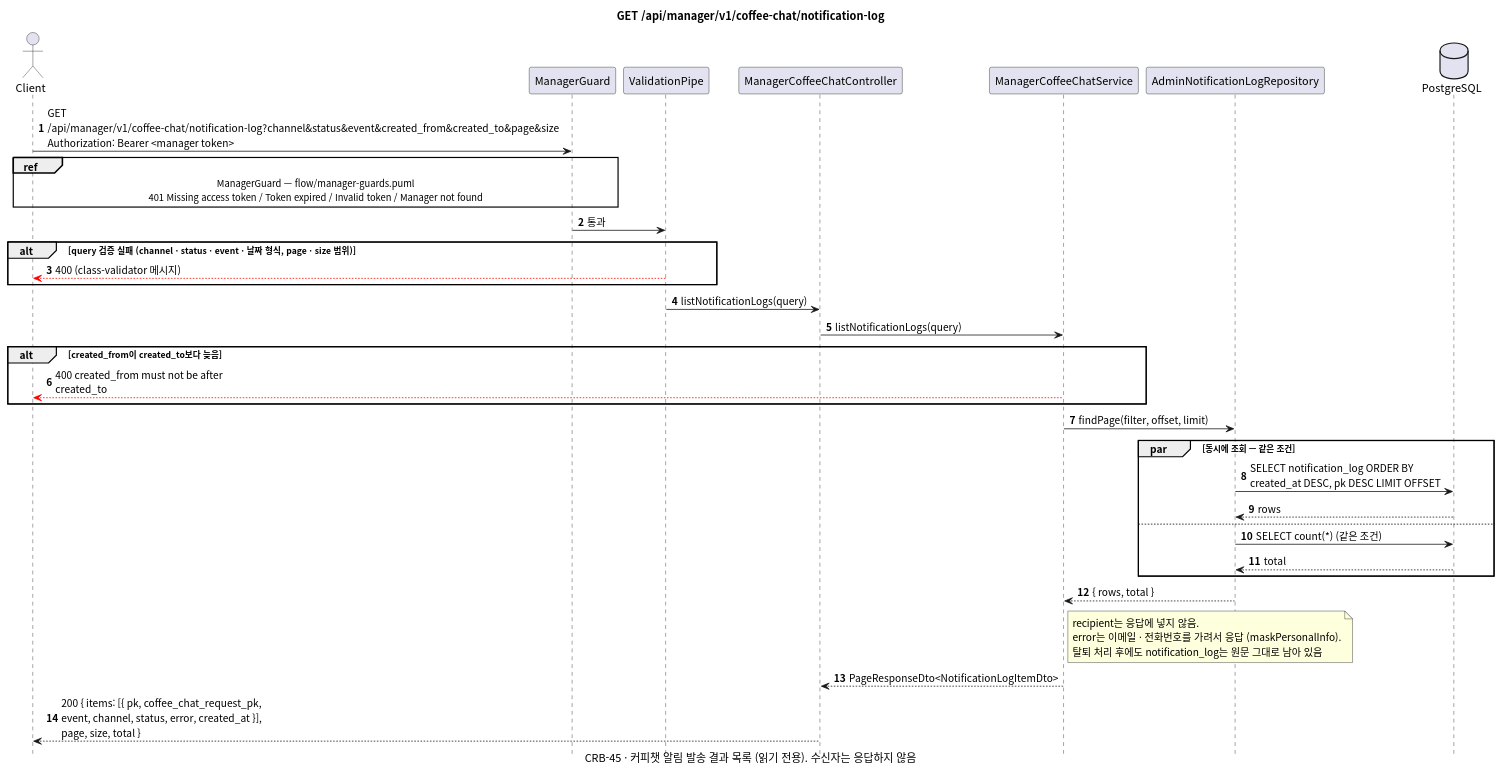
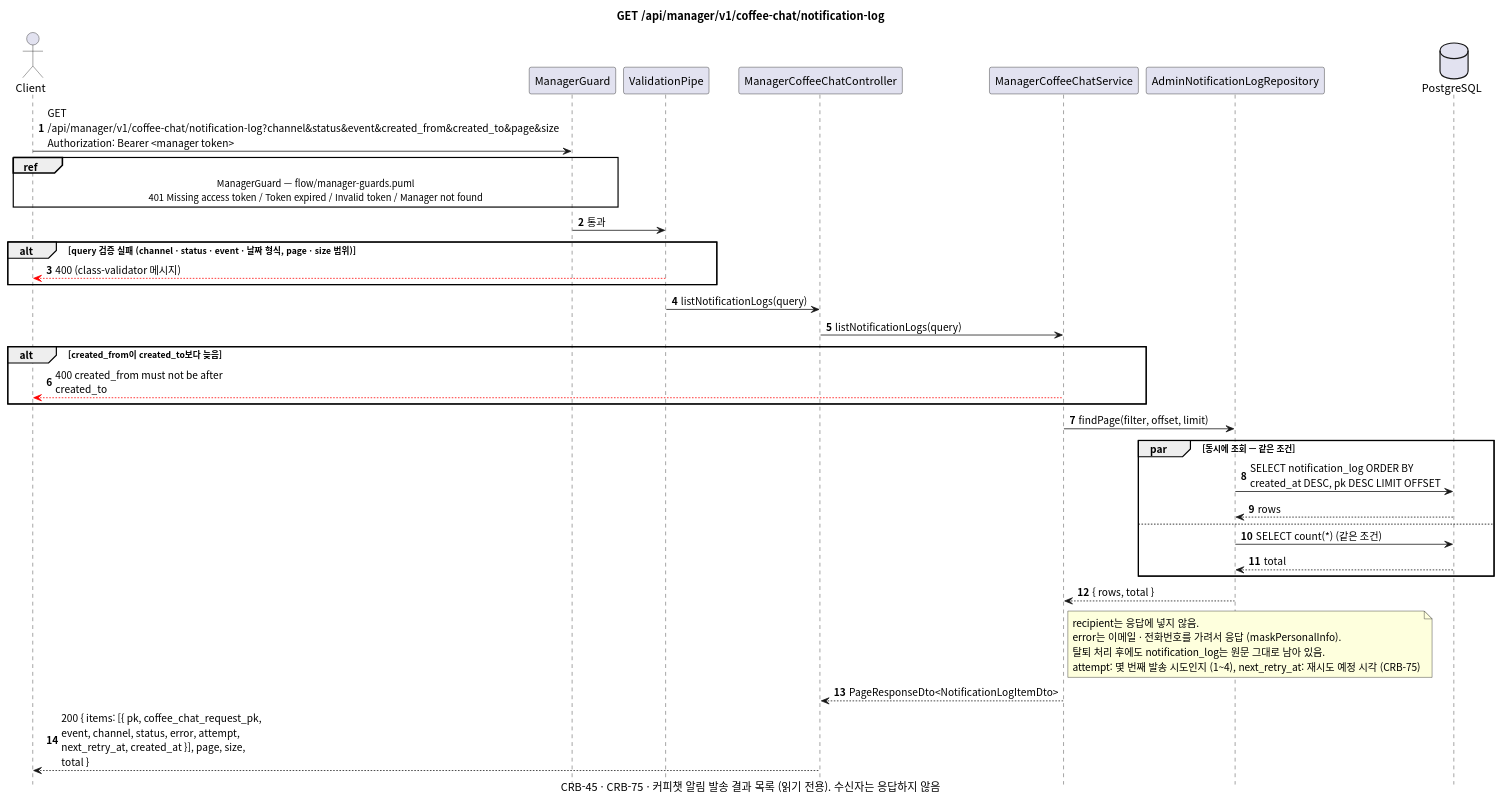
Before and after one commit to gsainfoteam/cheers-be: the diagram in docs/sequence/manager/get-coffee-chat-notification-log.puml, drawn with PlantUML. The commit also changed 6 other files, not shown here.

Commit message:
- docs: update sequence diagrams for notification retry and verification mail (CRB-75)

```diff
--- a/docs/sequence/manager/get-coffee-chat-notification-log.puml
+++ b/docs/sequence/manager/get-coffee-chat-notification-log.puml
@@ -1,50 +1,51 @@
 @startuml get-manager-coffee-chat-notification-log
 skinparam defaultFontName "Apple SD Gothic Neo", "Noto Sans CJK KR", sans-serif
 skinparam responseMessageBelowArrow true
 skinparam sequenceMessageAlign left
 skinparam maxMessageSize 260
 skinparam BoxPadding 8
 skinparam shadowing false
 autonumber
 hide footbox
 
 title GET /api/manager/v1/coffee-chat/notification-log
-caption CRB-45 · 커피챗 알림 발송 결과 목록 (읽기 전용). 수신자는 응답하지 않음
+caption CRB-45 · CRB-75 · 커피챗 알림 발송 결과 목록 (읽기 전용). 수신자는 응답하지 않음
 
 actor Client
 participant "ManagerGuard" as Guard
 participant "ValidationPipe" as Pipe
 participant "ManagerCoffeeChatController" as Controller
 participant "ManagerCoffeeChatService" as Service
 participant "AdminNotificationLogRepository" as LogRepository
 database PostgreSQL
 
 Client -> Guard: GET /api/manager/v1/coffee-chat/notification-log?channel&status&event&created_from&created_to&page&size\nAuthorization: Bearer <manager token>
 ref over Client, Guard: ManagerGuard — flow/manager-guards.puml\n401 Missing access token / Token expired / Invalid token / Manager not found
 Guard -> Pipe: 통과
 alt query 검증 실패 (channel · status · event · 날짜 형식, page · size 범위)
   Pipe -[#red]-> Client: 400 (class-validator 메시지)
 end
 Pipe -> Controller: listNotificationLogs(query)
 Controller -> Service: listNotificationLogs(query)
 alt created_from이 created_to보다 늦음
   Service -[#red]-> Client: 400 created_from must not be after created_to
 end
 Service -> LogRepository: findPage(filter, offset, limit)
 par 동시에 조회 — 같은 조건
   LogRepository -> PostgreSQL: SELECT notification_log ORDER BY created_at DESC, pk DESC LIMIT OFFSET
   PostgreSQL --> LogRepository: rows
 else
   LogRepository -> PostgreSQL: SELECT count(*) (같은 조건)
   PostgreSQL --> LogRepository: total
 end
 LogRepository --> Service: { rows, total }
 note right of Service
   recipient는 응답에 넣지 않음.
   error는 이메일 · 전화번호를 가려서 응답 (maskPersonalInfo).
-  탈퇴 처리 후에도 notification_log는 원문 그대로 남아 있음
+  탈퇴 처리 후에도 notification_log는 원문 그대로 남아 있음.
+  attempt: 몇 번째 발송 시도인지 (1~4), next_retry_at: 재시도 예정 시각 (CRB-75)
 end note
 Service --> Controller: PageResponseDto<NotificationLogItemDto>
-Controller --> Client: 200 { items: [{ pk, coffee_chat_request_pk, event, channel, status, error, created_at }], page, size, total }
+Controller --> Client: 200 { items: [{ pk, coffee_chat_request_pk, event, channel, status, error, attempt, next_retry_at, created_at }], page, size, total }
 
 @enduml
```
